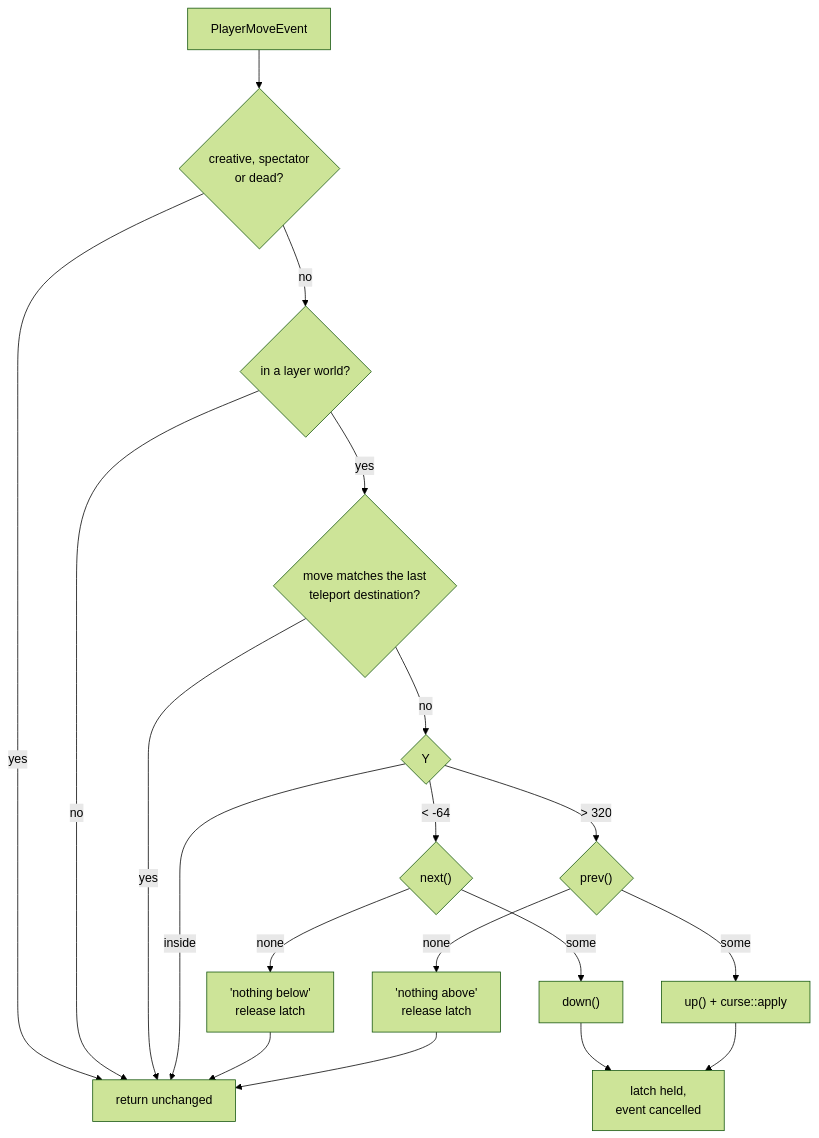
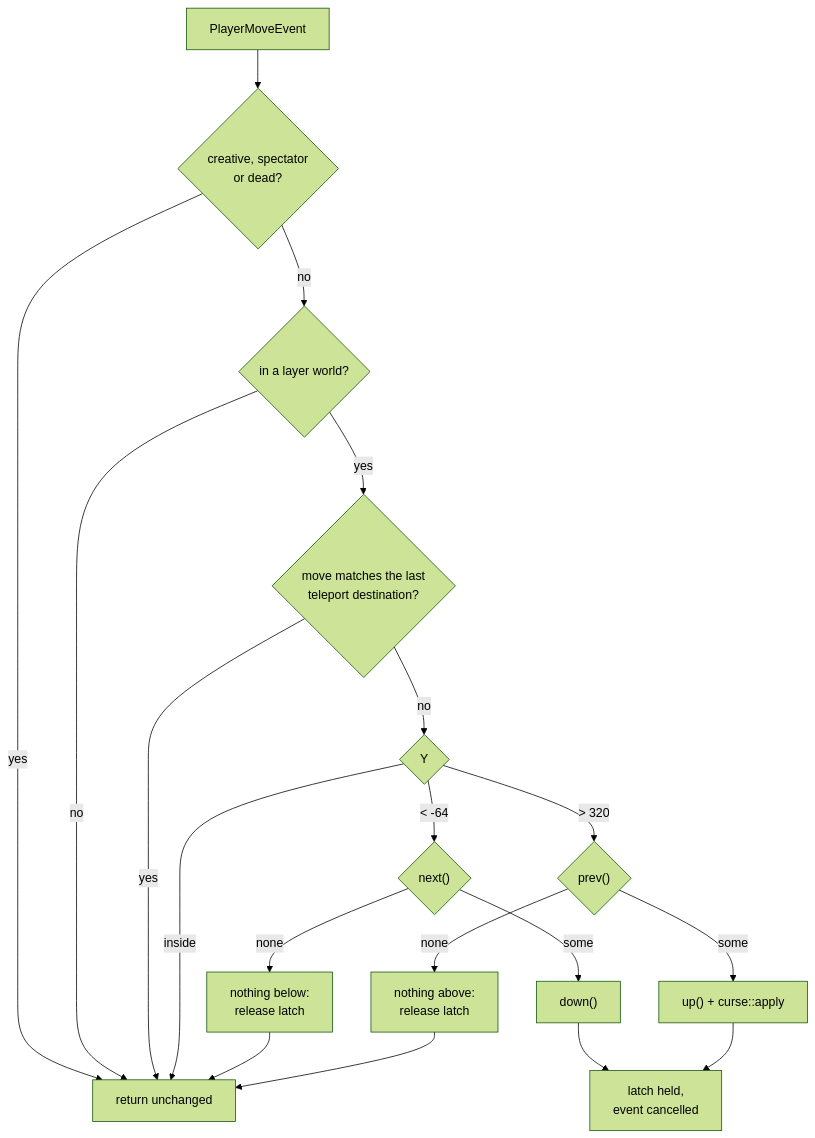
The third of 7 diagrams in ARCHITECTURE.md (XodiumSoftware/mine-in-abyss), drawn with Mermaid (forest theme) before and after one commit. The commit also changed 2 other files, not shown here.

Commit message:
Let vanilla handle leaving the Abyss at either end
Rising above Orth or falling below Seventh no longer sends a grey action bar message; the move is left alone so default Minecraft takes over.

````diff
--- a/ARCHITECTURE.md
+++ b/ARCHITECTURE.md
@@ -129,21 +129,21 @@
 ```mermaid
 graph TD
     A["PlayerMoveEvent"] --> B{"creative, spectator<br/>or dead?"}
     B -->|yes| Z["return unchanged"]
     B -->|no| C{"in a layer world?"}
     C -->|no| Z
     C -->|yes| D{"move matches the last<br/>teleport destination?"}
     D -->|yes| Z
     D -->|no| E{"Y"}
     E -->|"< -64"| F{"next()"}
     E -->|"> 320"| G{"prev()"}
     E -->|"inside"| Z
-    F -->|none| H["'nothing below'<br/>release latch"]
-    G -->|none| I["'nothing above'<br/>release latch"]
+    F -->|none| H["nothing below:<br/>release latch"]
+    G -->|none| I["nothing above:<br/>release latch"]
     F -->|some| J["down()"]
     G -->|some| K["up() + curse::apply"]
     J --> L["latch held,<br/>event cancelled"]
     K --> L
     H --> Z
     I --> Z
 ```
````
